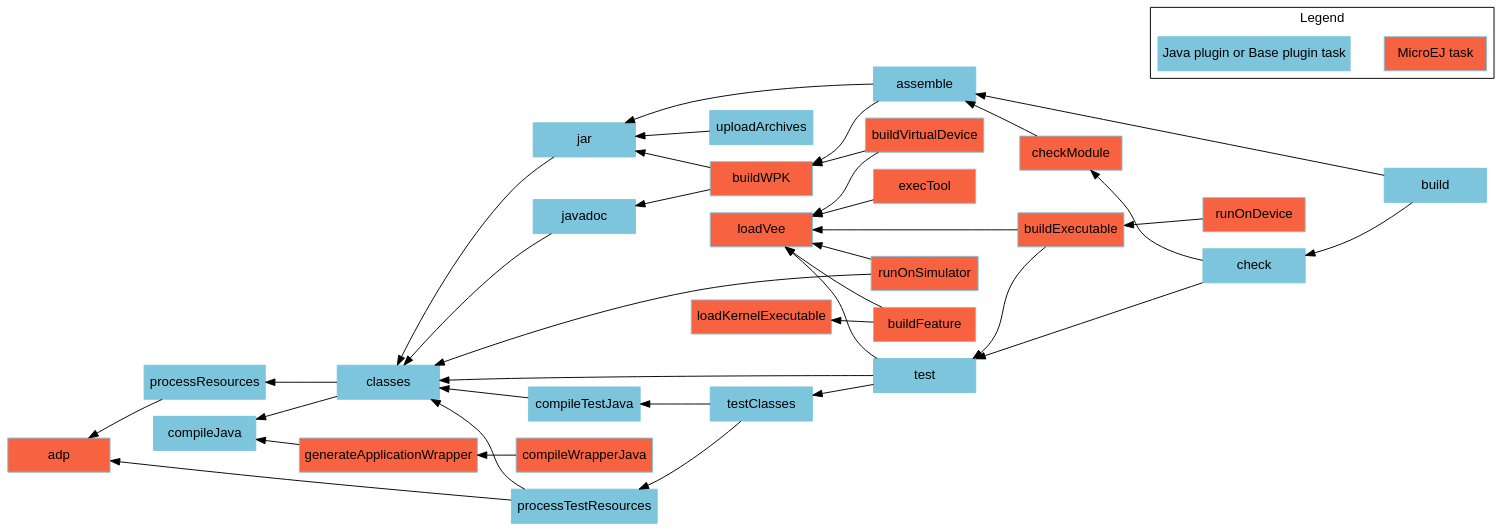
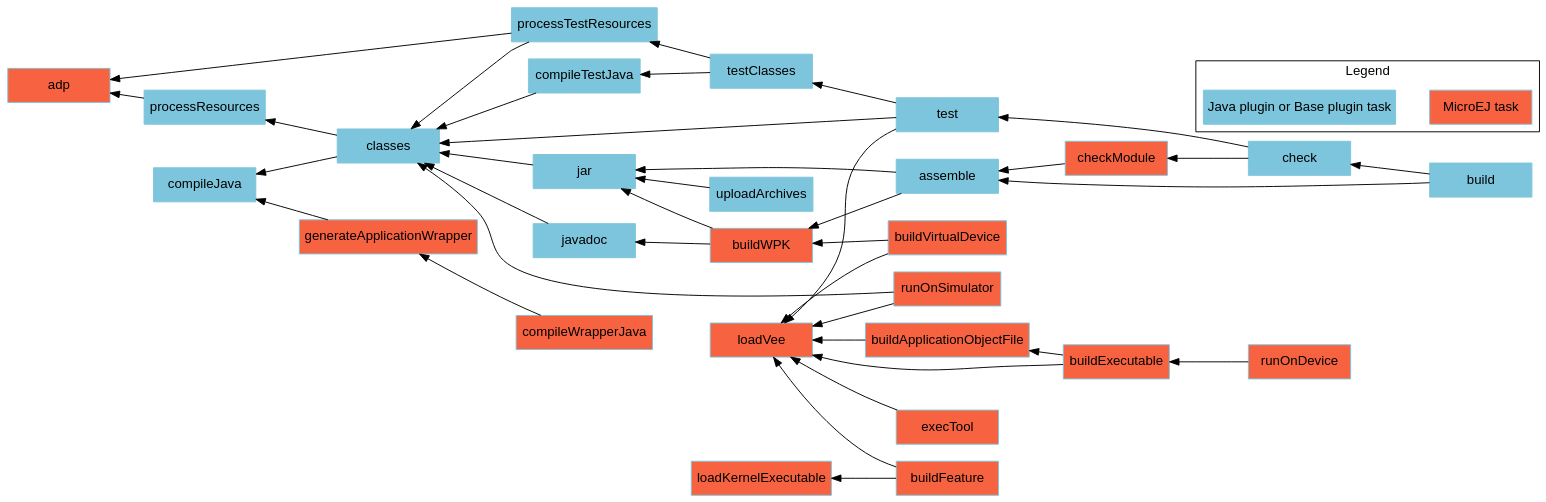
One commit to MicroEJ/docs changed the diagram in SDK6UserGuide/graphApplicationModule.dot. Above: the diagram before and after it, drawn with Graphviz. The commit also changed 1 other file, not shown here.

Commit message:
document the buildApplicationObjectFile task

```diff
--- a/SDK6UserGuide/graphApplicationModule.dot
+++ b/SDK6UserGuide/graphApplicationModule.dot
@@ -1,69 +1,71 @@
 digraph mygraph {
     rankdir="RL";
     bgcolor="transparent"
     fontname="Helvetica,Arial,sans-serif"
     node [
         shape = box
         width = 1.5
         color = "#7dc5dc"
         style = filled
         fontname="Helvetica,Arial,sans-serif"
     ]
     edge [fontname="Helvetica,Arial,sans-serif"]
     "adp" [fillcolor = "#f76241"]
     "checkModule" [fillcolor = "#f76241"]
     "loadKernelExecutable" [fillcolor = "#f76241"]
     "loadVee" [fillcolor = "#f76241"]
     "runOnSimulator" [fillcolor = "#f76241"]
     "buildWPK" [fillcolor = "#f76241"]
+    "buildApplicationObjectFile" [fillcolor = "#f76241"]
     "buildExecutable" [fillcolor = "#f76241"]
     "buildVirtualDevice" [fillcolor = "#f76241"]
     "buildFeature" [fillcolor = "#f76241"]
     "runOnDevice" [fillcolor = "#f76241"]
     "execTool" [fillcolor = "#f76241"]
     "generateApplicationWrapper" [fillcolor = "#f76241"]
     "compileWrapperJava" [fillcolor = "#f76241"]
     "build" -> "check"
     "check" -> "test"
     "test" -> "classes"
     "test" -> "testClasses"
     "test" -> "loadVee"
     "testClasses" -> "compileTestJava"
     "testClasses" -> "processTestResources"
     "processResources" -> "adp"
     "processTestResources" -> "adp"
     "processTestResources" -> "classes"
     "compileTestJava" -> "classes"
     "javadoc" -> "classes"
     "classes" -> "compileJava"
     "classes" -> "processResources"
     "build" -> "assemble"
     "assemble" -> "jar"
     "assemble" -> "buildWPK"
     "uploadArchives" -> "jar"
     "jar" -> "classes"
     "runOnSimulator" -> "classes"
     "runOnSimulator" -> "loadVee"
     "checkModule" -> "assemble"
     "check" -> "checkModule"
     "buildWPK" -> "jar"
     "buildWPK" -> "javadoc"
-    "buildExecutable" -> "test"
+    "buildApplicationObjectFile" -> "loadVee"
+    "buildExecutable" -> "buildApplicationObjectFile"
     "buildExecutable" -> "loadVee"
     "buildVirtualDevice" -> "loadVee"
     "buildVirtualDevice" -> "buildWPK"
     "buildFeature" -> "loadVee"
     "buildFeature" -> "loadKernelExecutable"
     "runOnDevice" -> "buildExecutable"
     "execTool" -> "loadVee"
     "generateApplicationWrapper" -> "compileJava"
     "compileWrapperJava" -> "generateApplicationWrapper"
     
     subgraph cluster_legend {
         label="Legend";
         microej [fillcolor="#f76241" label="MicroEJ task"];
         java [fillcolor="#7dc5dc" label="Java plugin or Base plugin task"];
         microej -> java [style=invis];
         java -> microej [style=invis];
     }
 }
```
